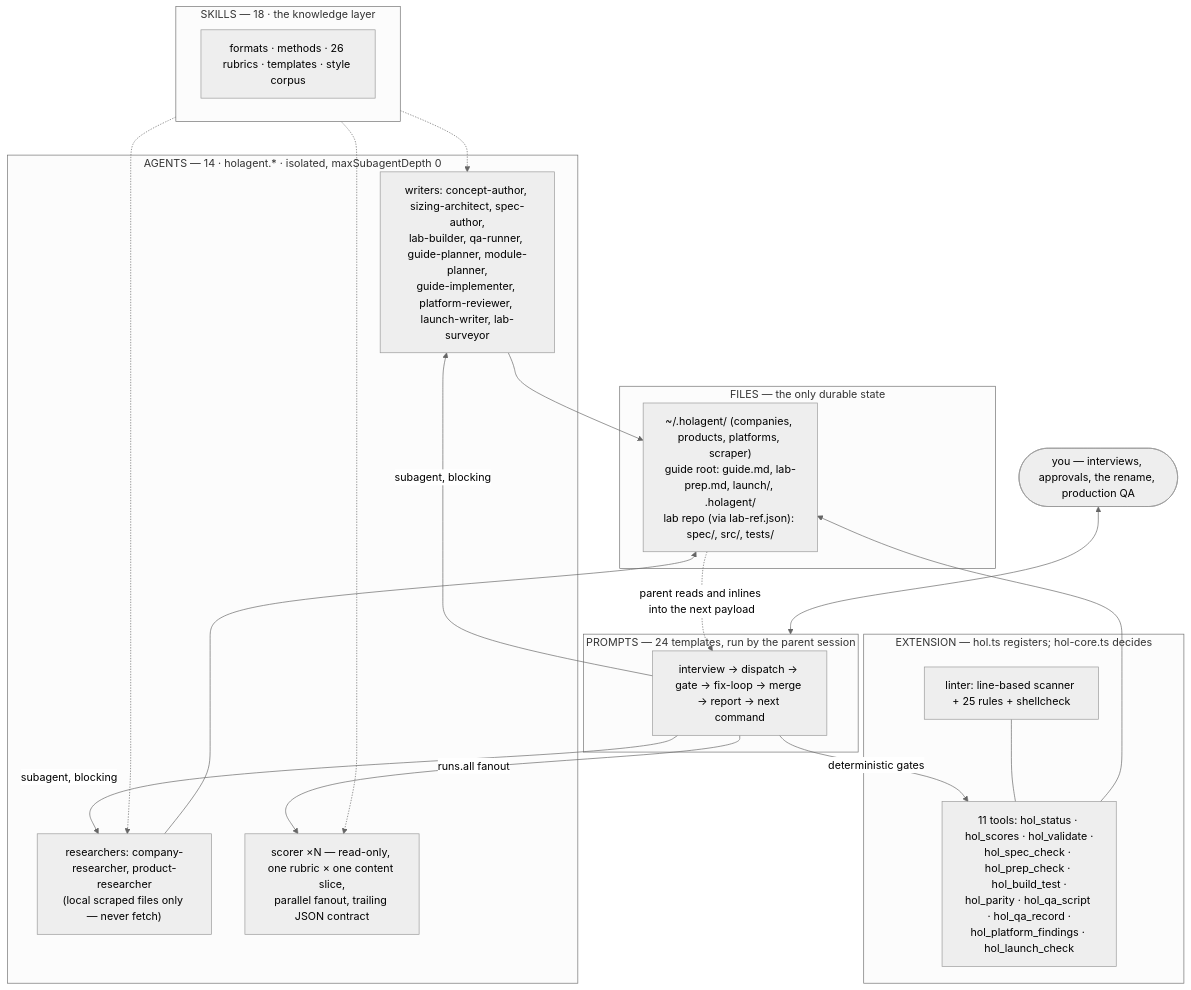
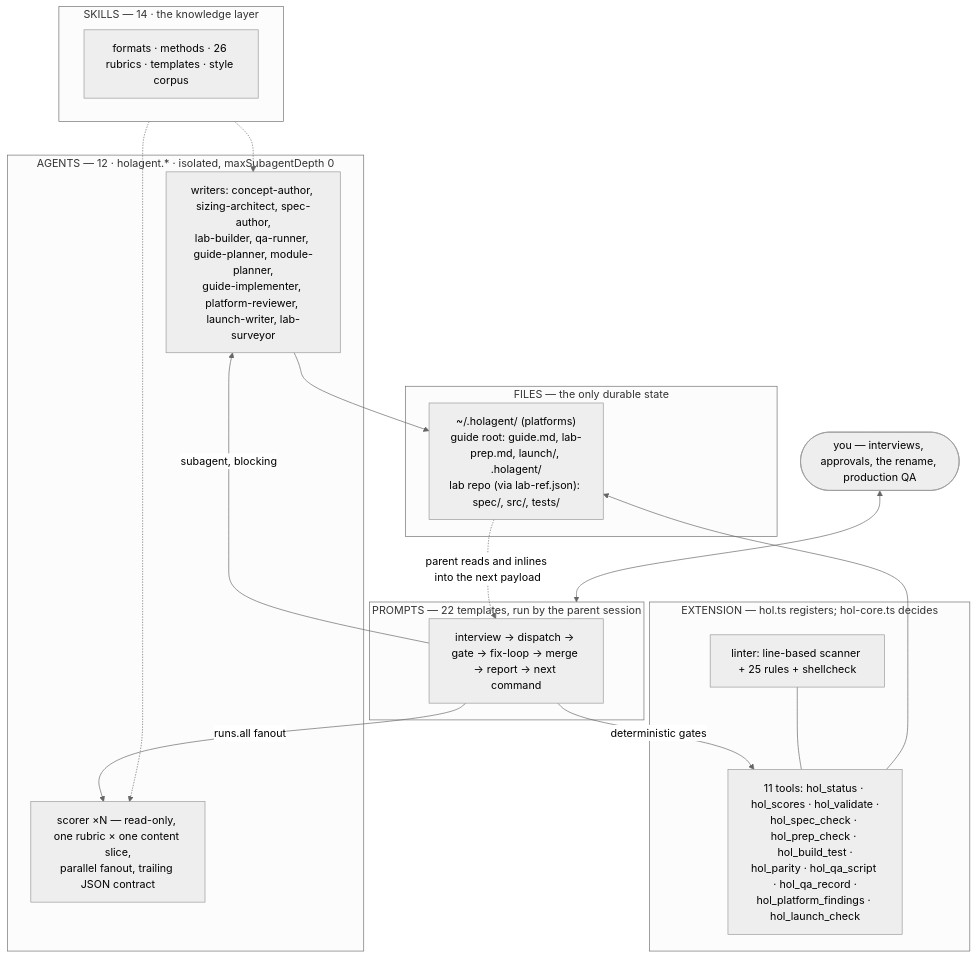
Before and after one commit to buckleyconor/holagents: the second of 2 diagrams in holagent_description.md, drawn with Mermaid (neutral theme). The commit also changed other lines of this file and 55 other files, not shown here.

First line of the commit message:
Remove research pipeline (company/product scraping)

````diff
--- a/holagent_description.md
+++ b/holagent_description.md
@@ -151,40 +148,37 @@
 ```mermaid
 flowchart TB
     YOU(["you — interviews, approvals, the rename, production QA"])
 
-    subgraph P ["PROMPTS — 24 templates, run by the parent session"]
+    subgraph P ["PROMPTS — 22 templates, run by the parent session"]
         ORCH["interview → dispatch → gate → fix-loop → merge → report → next command"]
     end
 
-    subgraph A ["AGENTS — 14 · holagent.* · isolated, maxSubagentDepth 0"]
+    subgraph A ["AGENTS — 12 · holagent.* · isolated, maxSubagentDepth 0"]
         W["writers: concept-author, sizing-architect, spec-author,<br/>lab-builder, qa-runner, guide-planner, module-planner,<br/>guide-implementer, platform-reviewer, launch-writer, lab-surveyor"]
-        RES["researchers: company-researcher, product-researcher<br/>(local scraped files only — never fetch)"]
         SC["scorer ×N — read-only, one rubric × one content slice,<br/>parallel fanout, trailing JSON contract"]
     end
 
     subgraph E ["EXTENSION — hol.ts registers; hol-core.ts decides"]
         T["11 tools: hol_status · hol_scores · hol_validate ·<br/>hol_spec_check · hol_prep_check · hol_build_test ·<br/>hol_parity · hol_qa_script · hol_qa_record ·<br/>hol_platform_findings · hol_launch_check"]
         L["linter: line-based scanner + 25 rules + shellcheck"]
     end
 
-    subgraph K ["SKILLS — 18 · the knowledge layer"]
+    subgraph K ["SKILLS — 14 · the knowledge layer"]
         KN["formats · methods · 26 rubrics · templates · style corpus"]
     end
 
     subgraph F ["FILES — the only durable state"]
-        FS["~/.holagent/ (companies, products, platforms, scraper)<br/>guide root: guide.md, lab-prep.md, launch/, .holagent/<br/>lab repo (via lab-ref.json): spec/, src/, tests/"]
+        FS["~/.holagent/ (platforms)<br/>guide root: guide.md, lab-prep.md, launch/, .holagent/<br/>lab repo (via lab-ref.json): spec/, src/, tests/"]
     end
 
     YOU <--> P
-    ORCH -- "subagent, blocking" --> W & RES
+    ORCH -- "subagent, blocking" --> W
     ORCH -- "runs.all fanout" --> SC
     ORCH -- "deterministic gates" --> T
     W --> FS
-    RES --> FS
     T --> FS
     L --- T
     K -.-> W
-    K -.-> RES
     K -.-> SC
     FS -. "parent reads and inlines into the next payload" .-> ORCH
 ```
````
